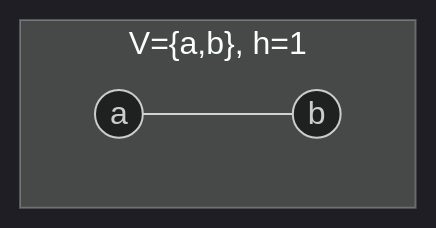
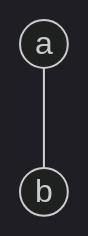
One commit to frijolitobandido/Guia_Matematica_Discreta changed the third of 34 diagrams in 03-arboles.md. Above: the diagram before and after it, drawn with Mermaid (dark theme). The commit also changed other lines of this file, not shown here.

````diff
--- a/03-arboles.md
+++ b/03-arboles.md
@@ -49,6 +51,4 @@
 ```mermaid
 graph TD
-    subgraph "V={a,b}, h=1"
-        a2((a)) --- b2((b))
-    end
+    a2((a)) --- b2((b))
 ```
````
